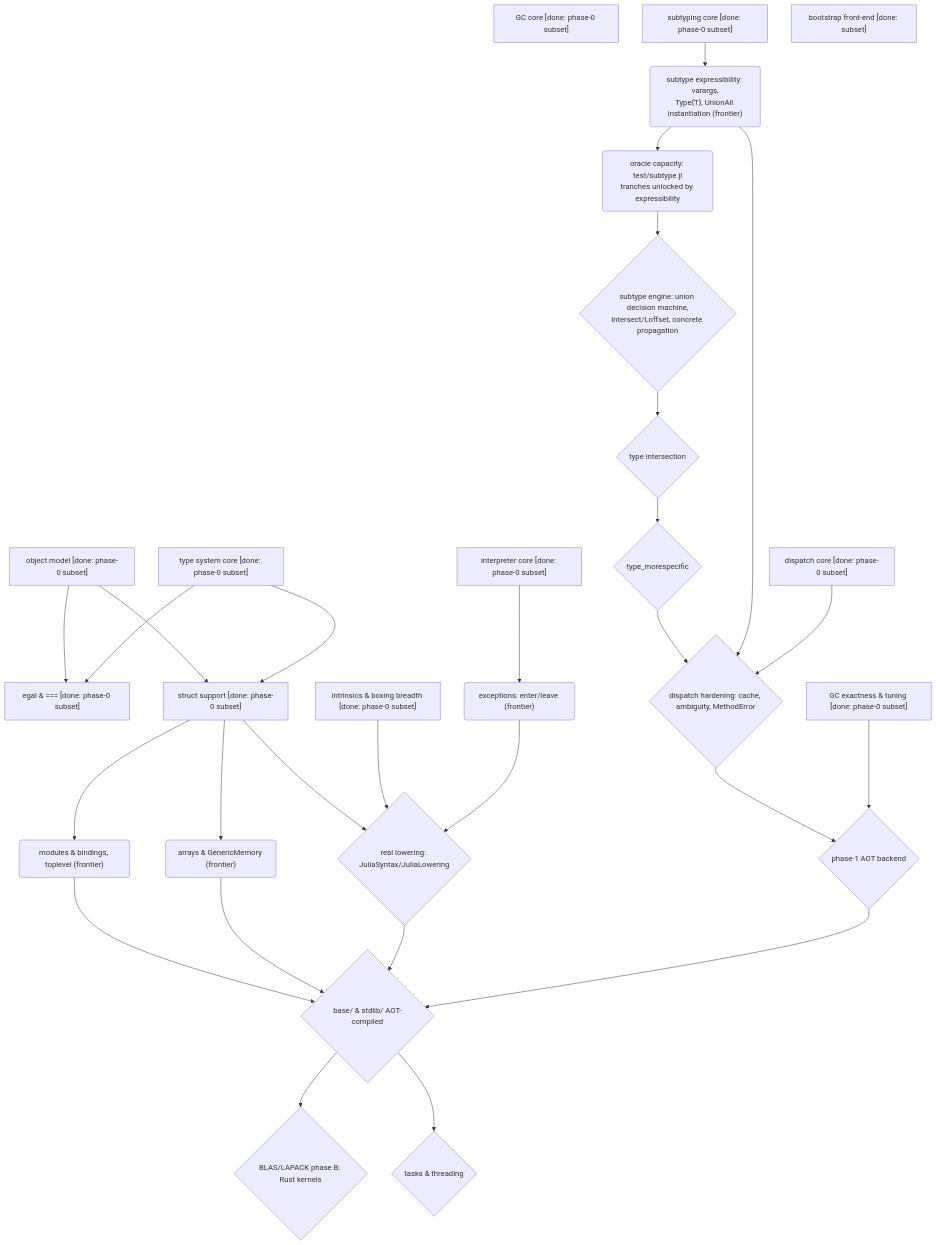
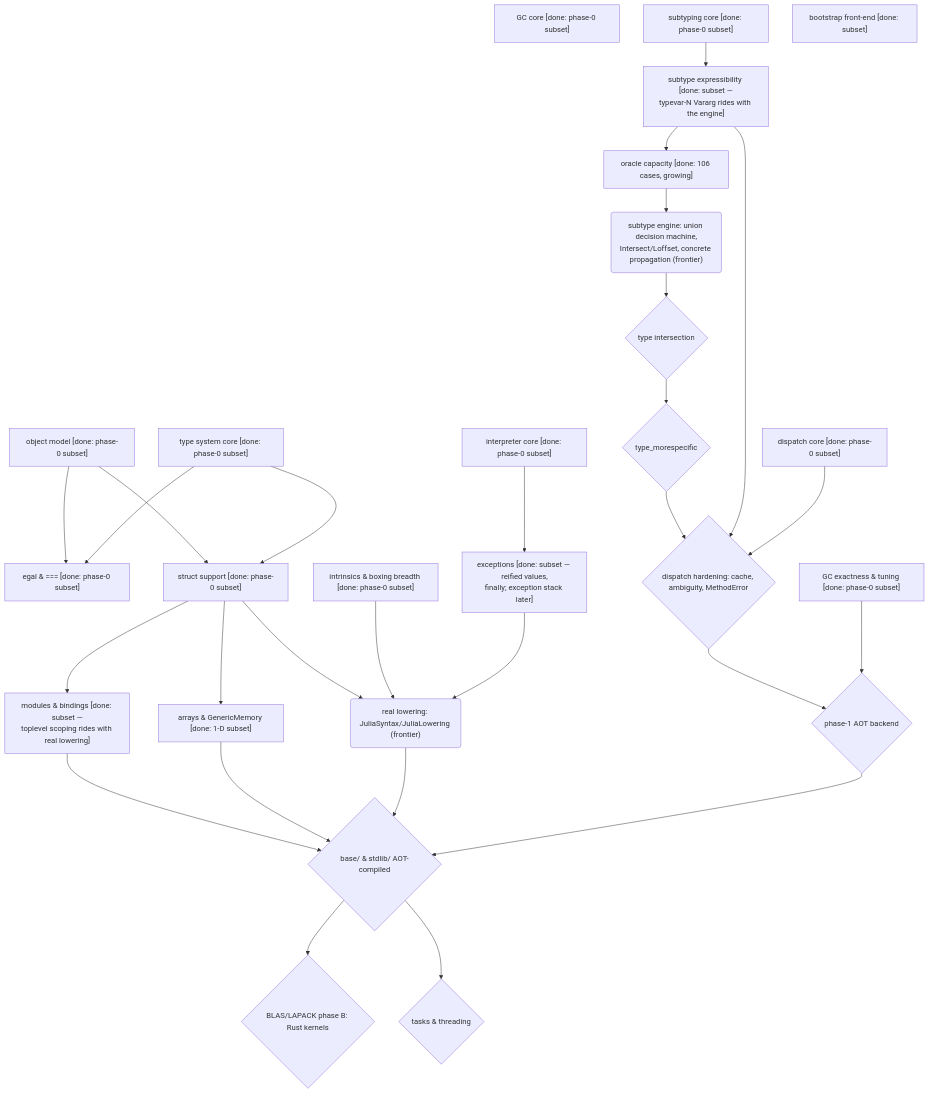
The diagram in design/strategy.md (andy-emerson/Ruju), drawn with Mermaid before and after one commit. The commit also changed other lines of this file and 6 other files, not shown here.

````diff
--- a/design/strategy.md
+++ b/design/strategy.md
@@ -86,57 +86,57 @@
 ```mermaid
 flowchart TD
     OBJ["object model [done: phase-0 subset]"]
     GC0["GC core [done: phase-0 subset]"]
     TYPES["type system core [done: phase-0 subset]"]
     SUB0["subtyping core [done: phase-0 subset]"]
     DISP0["dispatch core [done: phase-0 subset]"]
     INTERP0["interpreter core [done: phase-0 subset]"]
     FE0["bootstrap front-end [done: subset]"]
 
     EGAL["egal & === [done: phase-0 subset]"]
     STRUCTS["struct support [done: phase-0 subset]"]
     INTRIN["intrinsics & boxing breadth [done: phase-0 subset]"]
     GCX["GC exactness & tuning [done: phase-0 subset]"]
-    SUBXE("subtype expressibility: varargs,<br/>Type{T}, UnionAll instantiation (frontier)")
-    EXC("exceptions: enter/leave (frontier)")
+    SUBXE["subtype expressibility [done: subset —<br/>typevar-N Vararg rides with the engine]"]
+    EXC["exceptions [done: subset — reified values,<br/>finally; exception stack later]"]
 
-    ORACLE("oracle capacity: test/subtype.jl<br/>tranches unlocked by expressibility")
-    SUBXM{"subtype engine: union decision machine,<br/>Intersect/Loffset, concrete propagation"}
+    ORACLE["oracle capacity [done: 106 cases, growing]"]
+    SUBXM("subtype engine: union decision machine,<br/>Intersect/Loffset, concrete propagation (frontier)")
     ISECT{"type intersection"}
     MORESPEC{"type_morespecific"}
     DISPX{"dispatch hardening: cache, ambiguity, MethodError"}
-    ARRAYS("arrays & GenericMemory (frontier)")
-    MODULES("modules & bindings, toplevel (frontier)")
-    LOWER{"real lowering: JuliaSyntax/JuliaLowering"}
+    ARRAYS["arrays & GenericMemory [done: 1-D subset]"]
+    MODULES["modules & bindings [done: subset —<br/>toplevel scoping rides with real lowering]"]
+    LOWER("real lowering: JuliaSyntax/JuliaLowering (frontier)")
     AOT{"phase-1 AOT backend"}
     BASE{"base/ & stdlib/ AOT-compiled"}
     BLAS{"BLAS/LAPACK phase B: Rust kernels"}
     TASKS{"tasks & threading"}
 
     OBJ --> STRUCTS
     TYPES --> STRUCTS
     OBJ --> EGAL
     TYPES --> EGAL
     SUB0 --> SUBXE
     SUBXE --> ORACLE
     ORACLE --> SUBXM
     SUBXM --> ISECT
     ISECT --> MORESPEC
     MORESPEC --> DISPX
     SUBXE --> DISPX
     DISP0 --> DISPX
     STRUCTS --> ARRAYS
     STRUCTS --> MODULES
     INTERP0 --> EXC
     STRUCTS --> LOWER
     INTRIN --> LOWER
     EXC --> LOWER
     MODULES --> BASE
     ARRAYS --> BASE
     LOWER --> BASE
     AOT --> BASE
     DISPX --> AOT
     GCX --> AOT
     BASE --> BLAS
     BASE --> TASKS
 ```
````
